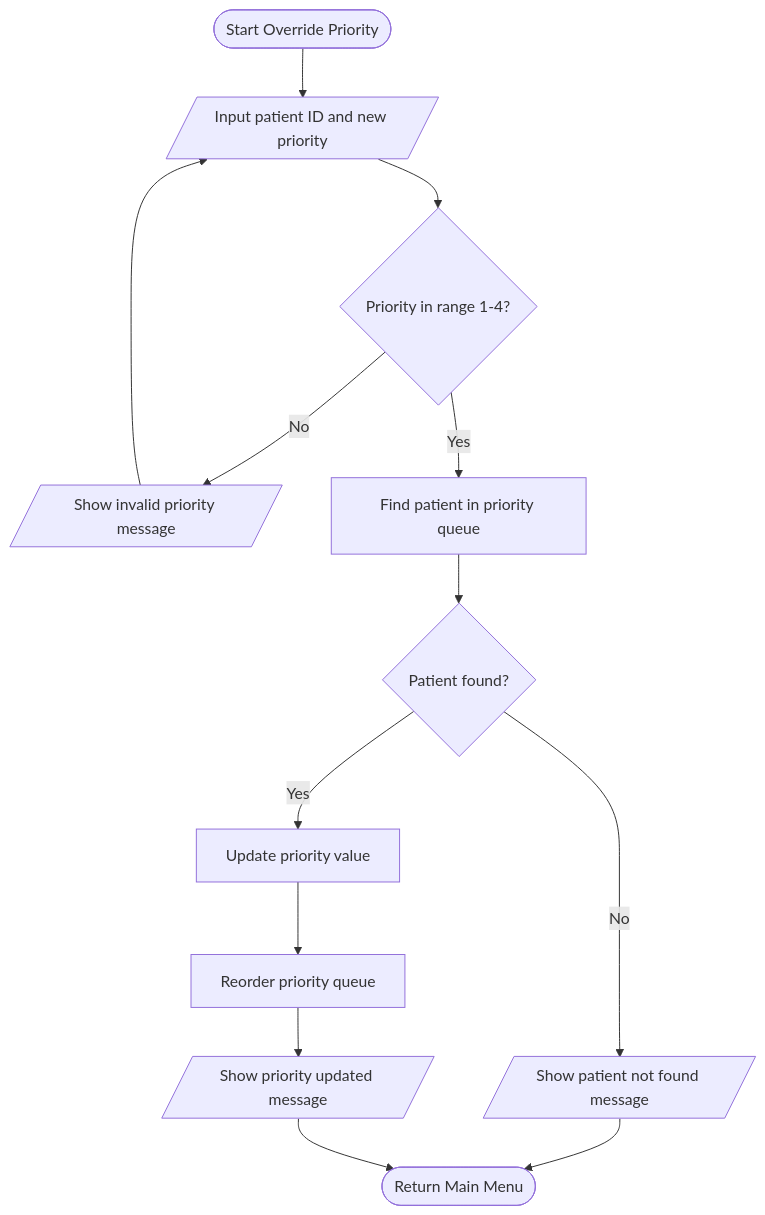
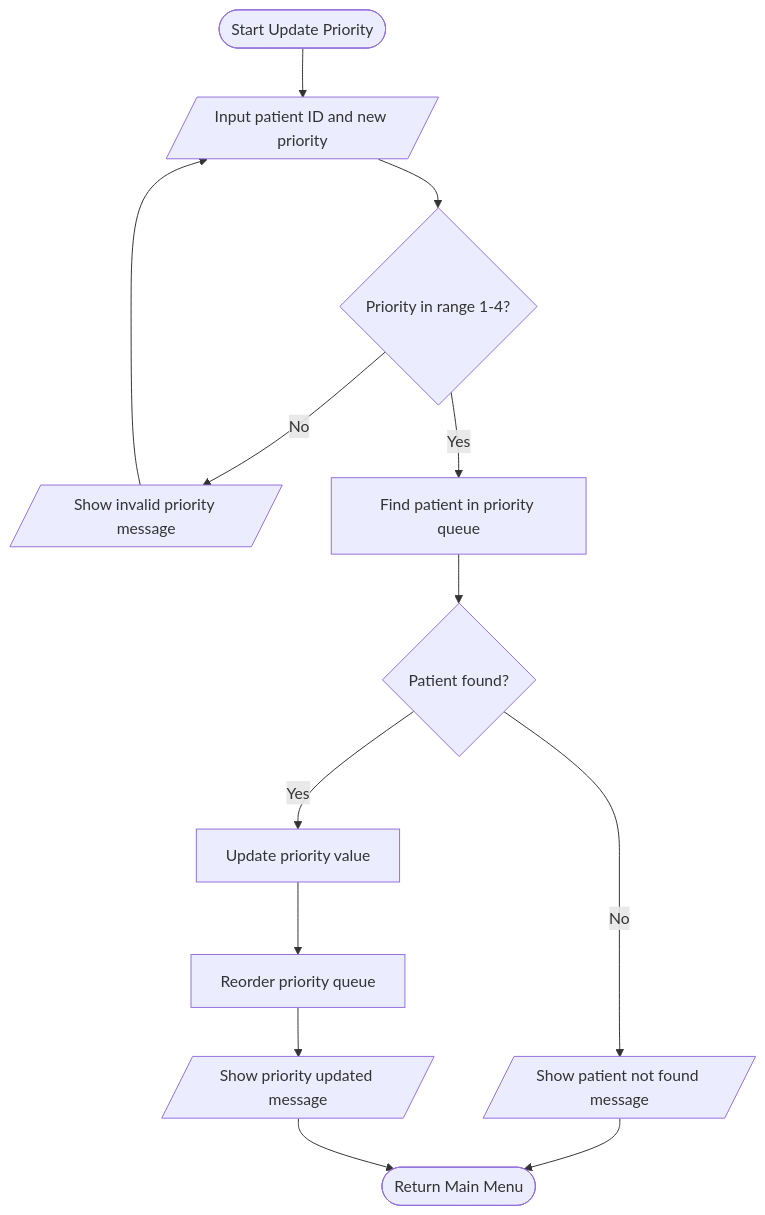
Before and after one commit to LeTranQuocDung/CSD201_Group6: the fourth of 7 diagrams in FlowChart.md, drawn with Mermaid. The commit also changed other lines of this file, not shown here.

````diff
--- a/FlowChart.md
+++ b/FlowChart.md
@@ -104,20 +104,20 @@
 ```mermaid
 flowchart TD
-    Start([Start Override Priority])
+    Start([Start Update Priority])
     InputPriority[/Input patient ID and new priority/]
     ValidatePriority{Priority in range 1-4?}
 
     Start --> InputPriority --> ValidatePriority
     ValidatePriority -->|No| ShowInvalid[/Show invalid priority message/]
     ShowInvalid --> InputPriority
 
     ValidatePriority -->|Yes| FindPatient[Find patient in priority queue]
     FindPatient --> Found{Patient found?}
     Found -->|No| NotFound[/Show patient not found message/]
     NotFound --> ReturnMenu([Return Main Menu])
 
     Found -->|Yes| UpdatePriority[Update priority value]
     UpdatePriority --> ReorderQueue[Reorder priority queue]
     ReorderQueue --> Updated[/Show priority updated message/]
     Updated --> ReturnMenu
 ```
````
